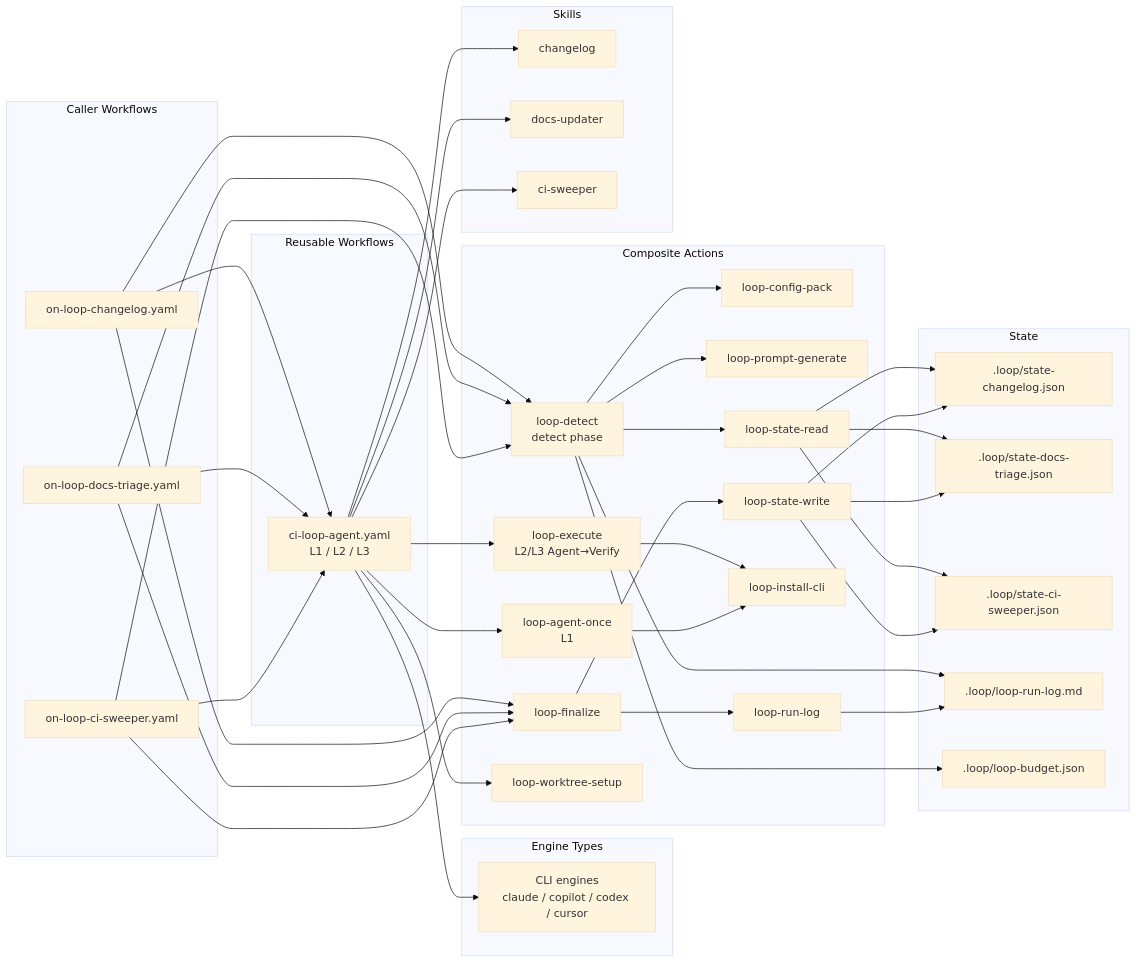
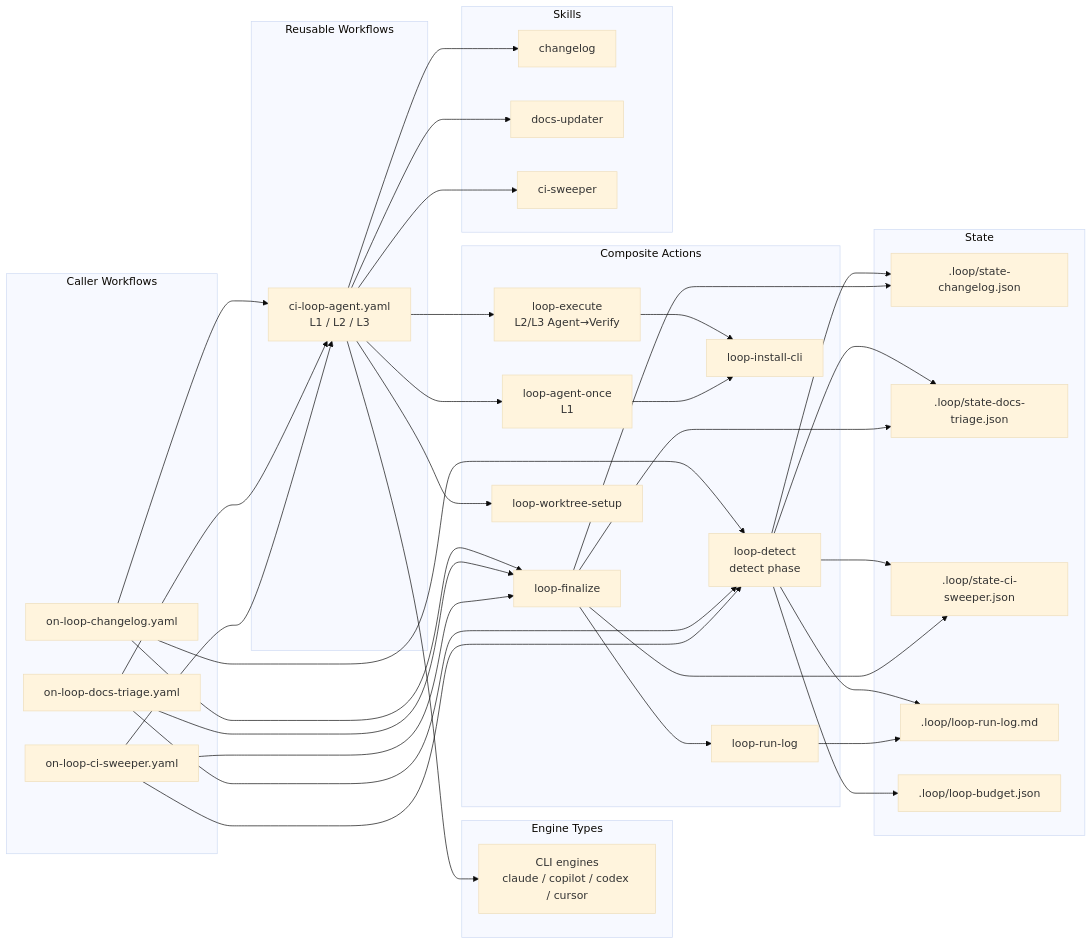
One commit to y-miyazaki/config changed the second of 3 diagrams in docs/explanation/loop-engineering/loop-engineering-design.md. Above: the diagram before and after it, drawn with Mermaid (base theme). The commit also changed other lines of this file and 74 other files, not shown here.

````diff
--- a/docs/explanation/loop-engineering/loop-engineering-design.md
+++ b/docs/explanation/loop-engineering/loop-engineering-design.md
@@ -291,10 +291,6 @@
         CA1[loop-agent-once<br/>L1]
         CA2[loop-execute<br/>L2/L3 Agent→Verify]
         CA3[loop-finalize]
-        CA4[loop-config-pack]
-        CA5[loop-prompt-generate]
-        CA6[loop-state-read]
-        CA7[loop-state-write]
         CA8[loop-worktree-setup]
         CA9[loop-install-cli]
         CA10[loop-run-log]
@@ -326,9 +322,9 @@
     CW1 --> CA3
     CW2 --> CA3
     CW3 --> CA3
-    CA0 --> CA4
-    CA0 --> CA5
-    CA0 --> CA6
+    CA0 --> ST1
+    CA0 --> ST2
+    CA0 --> ST3
     CA0 --> ST4
     CA0 --> ST5
     RW1 --> E1
@@ -340,13 +336,9 @@
     RW1 --> SK1
     RW1 --> SK2
     RW1 --> SK3
-    CA3 --> CA7
     CA3 --> CA10
-    CA6 --> ST1
-    CA6 --> ST2
-    CA6 --> ST3
-    CA7 --> ST1
-    CA7 --> ST2
-    CA7 --> ST3
+    CA3 --> ST1
+    CA3 --> ST2
+    CA3 --> ST3
     CA10 --> ST4
 ```
````
